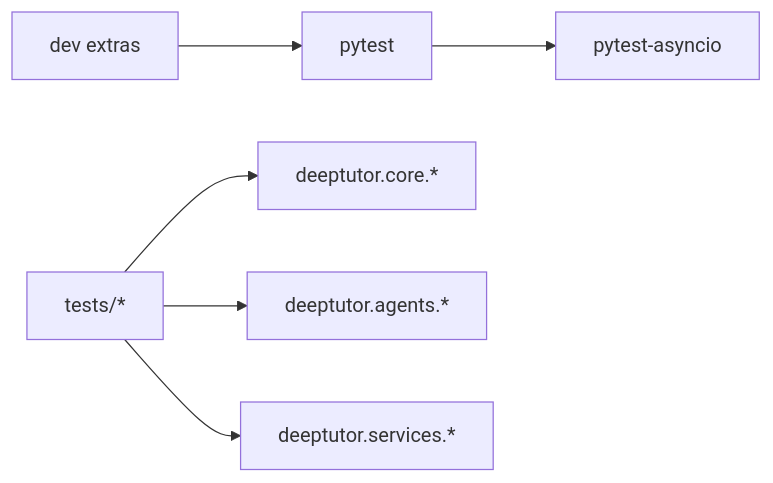
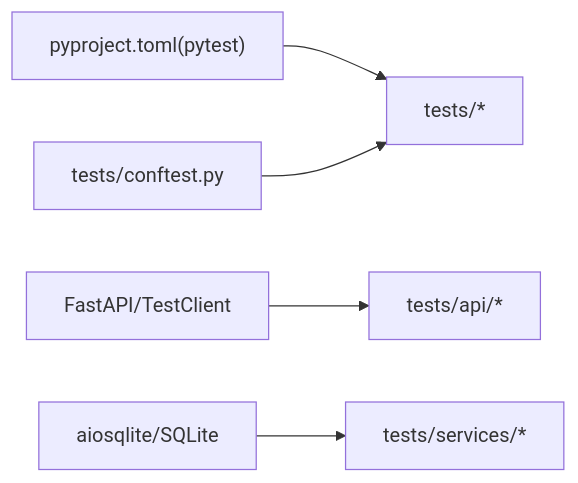
The eighth of 8 diagrams in .qoder/repowiki/zh/content/测试策略/单元测试.md (gongzili456/DeepTutor), drawn with Mermaid before and after one commit. The commit also changed other lines of this file and 1242 other files, not shown here.

````diff
--- a/.qoder/repowiki/zh/content/测试策略/单元测试.md
+++ b/.qoder/repowiki/zh/content/测试策略/单元测试.md
@@ -219,8 +281,7 @@
 ```mermaid
 graph LR
-Pytest["pytest"] --> AsyncIO["pytest-asyncio"]
-Tests["tests/*"] --> Core["deeptutor.core.*"]
-Tests --> Agents["deeptutor.agents.*"]
-Tests --> Services["deeptutor.services.*"]
-DevDeps["dev extras"] --> Pytest
+PytestCfg["pyproject.toml(pytest)"] --> Tests["tests/*"]
+Conftest["tests/conftest.py"] --> Tests
+FastAPI["FastAPI/TestClient"] --> APITests["tests/api/*"]
+SQLite["aiosqlite/SQLite"] --> DBTests["tests/services/*"]
 ```
````
